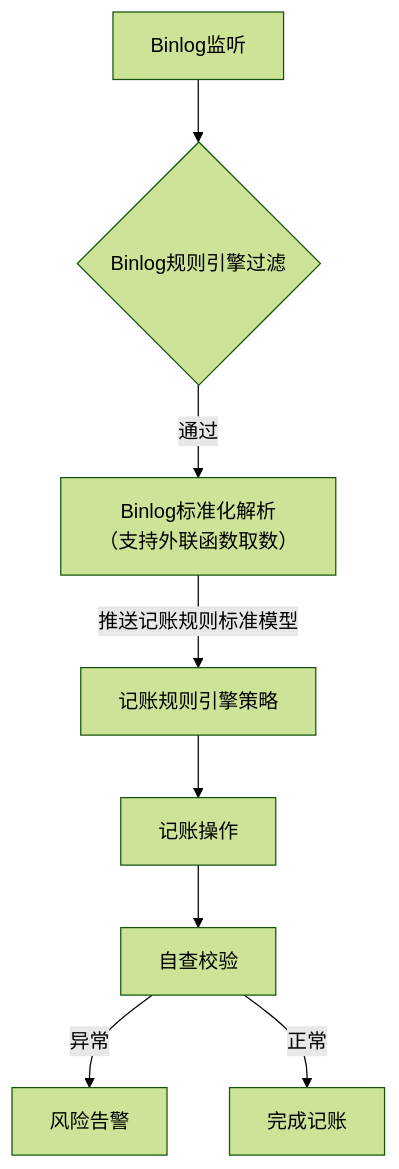
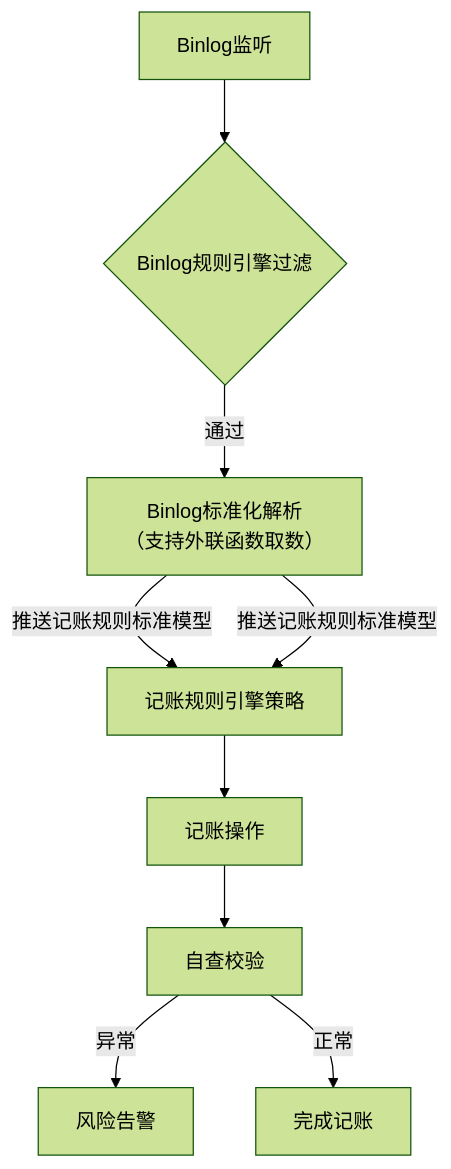
The diagram in all/架构流程.md (87828943/iodraw-files), drawn with Mermaid (forest theme) before and after one commit.

Commit message:
2025-07-07 11:25:58 update

````diff
--- a/all/架构流程.md
+++ b/all/架构流程.md
@@ -1,11 +1,12 @@
 ```mermaid
 graph TD
     A[Binlog监听] --> B{Binlog规则引擎过滤}
     B -->|通过| C[Binlog标准化解析
     （支持外联函数取数）]
     C --> |推送记账规则标准模型|D[记账规则引擎策略]
-     --> E[记账操作]
+    C --> |推送记账规则标准模型|D[记账规则引擎策略]
+    D --> E[记账操作]
     E --> F[自查校验]
     F -->|异常| G[风险告警]
     F -->|正常| H[完成记账]
 ```
````
